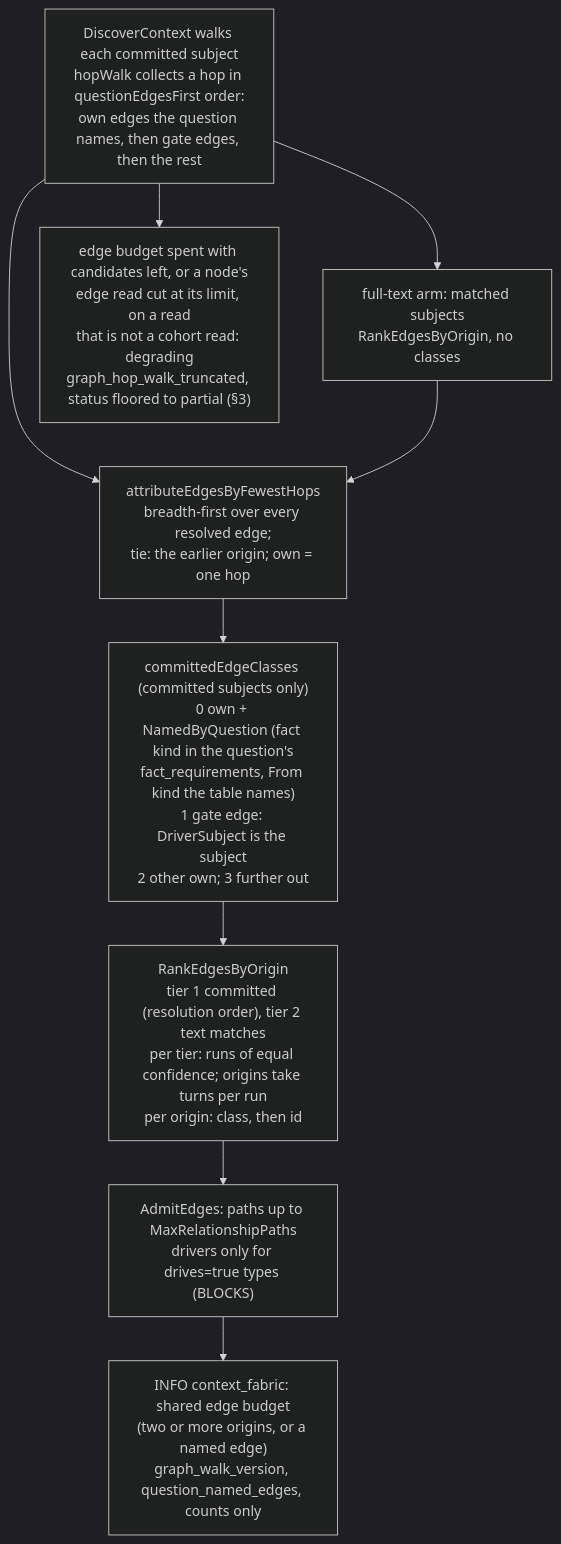
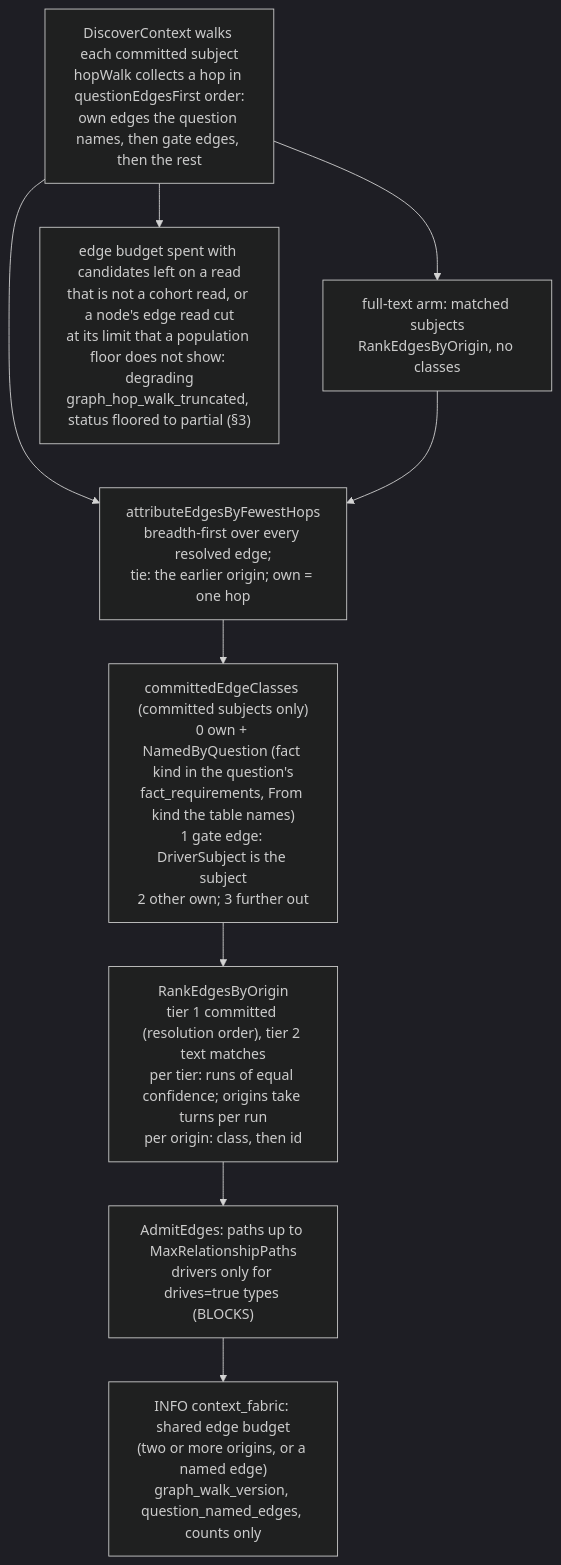
One commit to full-chaos/dev-health-acr changed diagram 25 of 37 in docs/design/context-fabric-architecture-diagrams.md. Above: the diagram before and after it, drawn with Mermaid (dark theme). The commit also changed other lines of this file and 11 other files, not shown here.

First line of the commit message:
fix(falkorgraph): CHAOS-12451 disclose every cut node read in the answer

````diff
--- a/docs/design/context-fabric-architecture-diagrams.md
+++ b/docs/design/context-fabric-architecture-diagrams.md
@@ -3379,11 +3385,11 @@
 ```mermaid
 flowchart TD
   WALK["DiscoverContext walks each committed subject<br/>hopWalk collects a hop in questionEdgesFirst order:<br/>own edges the question names, then gate edges, then the rest"] --> TEXT["full-text arm: matched subjects<br/>RankEdgesByOrigin, no classes"]
   WALK --> ATTR["attributeEdgesByFewestHops<br/>breadth-first over every resolved edge;<br/>tie: the earlier origin; own = one hop"]
-  WALK --> CUT["edge budget spent with candidates left, or a node's<br/>edge read cut at its limit, on a read<br/>that is not a cohort read: degrading<br/>graph_hop_walk_truncated, status floored to partial (§3)"]
+  WALK --> CUT["edge budget spent with candidates left on a read<br/>that is not a cohort read, or a node's edge read cut<br/>at its limit that a population floor does not show: degrading<br/>graph_hop_walk_truncated, status floored to partial (§3)"]
   TEXT --> ATTR
   ATTR --> CLASS["committedEdgeClasses (committed subjects only)<br/>0 own + NamedByQuestion (fact kind in the question's<br/>fact_requirements, From kind the table names)<br/>1 gate edge: DriverSubject is the subject<br/>2 other own; 3 further out"]
   CLASS --> RANK["RankEdgesByOrigin<br/>tier 1 committed (resolution order), tier 2 text matches<br/>per tier: runs of equal confidence; origins take turns per run<br/>per origin: class, then id"]
   RANK --> ADMIT["AdmitEdges: paths up to MaxRelationshipPaths<br/>drivers only for drives=true types (BLOCKS)"]
   ADMIT --> LOG["INFO context_fabric: shared edge budget<br/>(two or more origins, or a named edge)<br/>graph_walk_version, question_named_edges, counts only"]
 ```
````
